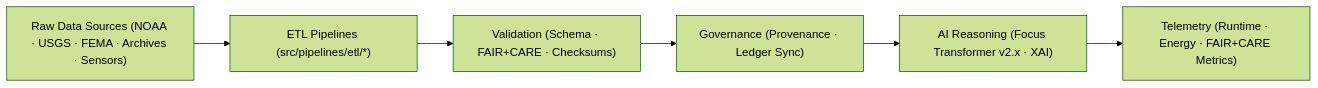
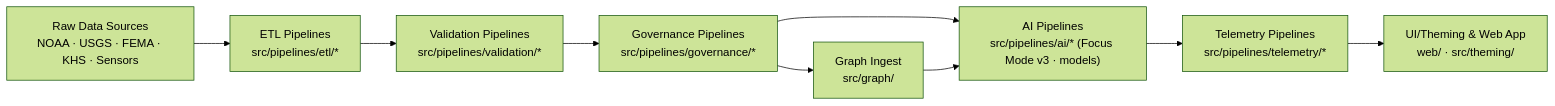
The diagram in src/README.md (bartytime4life/Kansas-Frontier-Matrix), drawn with Mermaid (forest theme) before and after one commit. The commit also changed other lines of this file, not shown here.

````diff
--- a/src/README.md
+++ b/src/README.md
@@ -117,9 +144,12 @@
 ```mermaid
 flowchart LR
-  A["Raw Data Sources (NOAA · USGS · FEMA · Archives · Sensors)"]
-    --> B["ETL Pipelines (src/pipelines/etl/*)"]
-  B --> C["Validation (Schema · FAIR+CARE · Checksums)"]
-  C --> D["Governance (Provenance · Ledger Sync)"]
-  D --> E["AI Reasoning (Focus Transformer v2.x · XAI)"]
-  E --> F["Telemetry (Runtime · Energy · FAIR+CARE Metrics)"]
+  A["Raw Data Sources<br/>NOAA · USGS · FEMA · KHS · Sensors"] 
+    --> B["ETL Pipelines<br/>src/pipelines/etl/*"]
+  B --> C["Validation Pipelines<br/>src/pipelines/validation/*"]
+  C --> D["Governance Pipelines<br/>src/pipelines/governance/*"]
+  D --> E["AI Pipelines<br/>src/pipelines/ai/* (Focus Mode v3 · models)"]
+  E --> F["Telemetry Pipelines<br/>src/pipelines/telemetry/*"]
+  F --> G["UI/Theming & Web App<br/>web/ · src/theming/"]
+  D --> H["Graph Ingest<br/>src/graph/"]
+  H --> E
 ```
````
